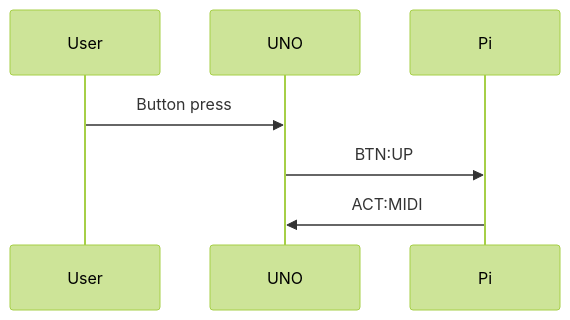
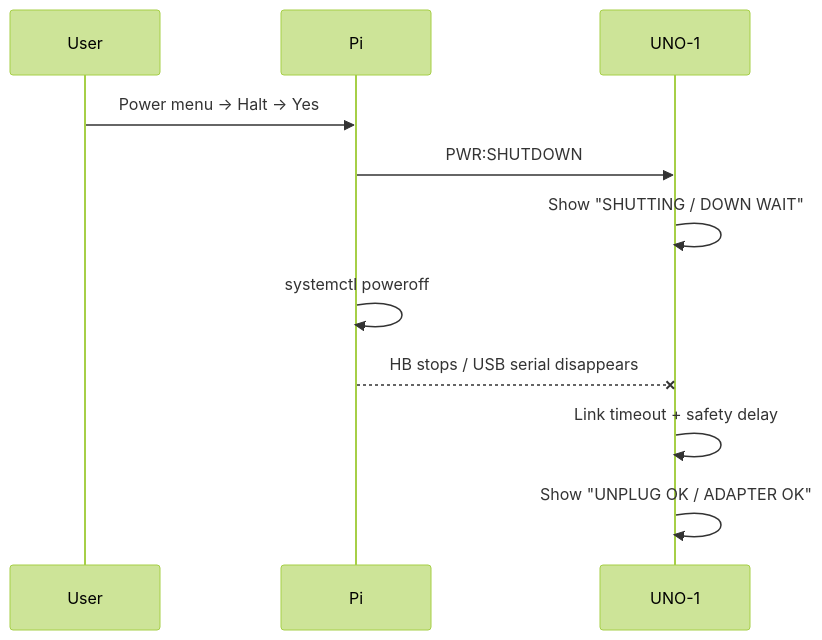
One commit to jeong0449/FluidArdule changed the second of 4 diagrams in docs/uno1-pi-serial-protocol.md. Above: the diagram before and after it, drawn with Mermaid (forest theme). The commit also changed other lines of this file, not shown here.

````diff
--- a/docs/uno1-pi-serial-protocol.md
+++ b/docs/uno1-pi-serial-protocol.md
@@ -114,10 +196,14 @@
 ```mermaid
 sequenceDiagram
     participant User
-    participant UNO
     participant Pi
+    participant UNO as UNO-1
 
-    User->>UNO: Button press
-    UNO->>Pi: BTN:UP
-    Pi->>UNO: ACT:MIDI
+    User->>Pi: Power menu → Halt → Yes
+    Pi->>UNO: PWR:SHUTDOWN
+    UNO->>UNO: Show "SHUTTING / DOWN WAIT"
+    Pi->>Pi: systemctl poweroff
+    Pi--xUNO: HB stops / USB serial disappears
+    UNO->>UNO: Link timeout + safety delay
+    UNO->>UNO: Show "UNPLUG OK / ADAPTER OK"
 ```
````
